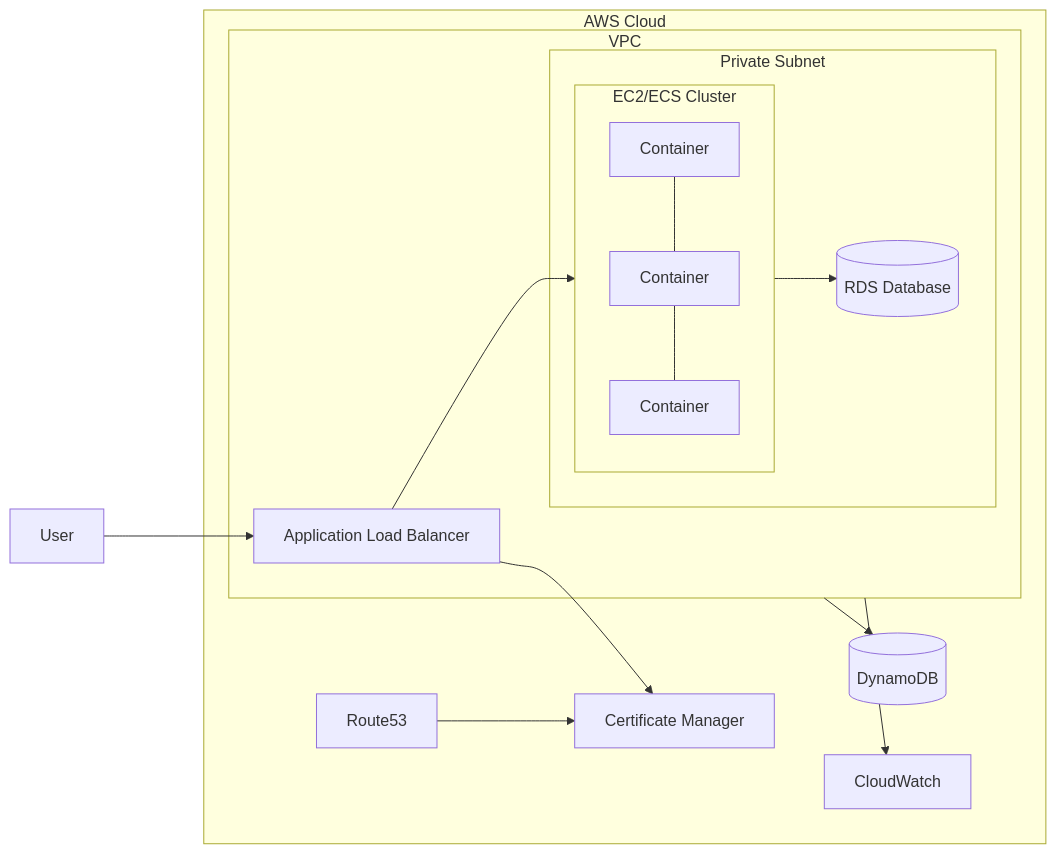
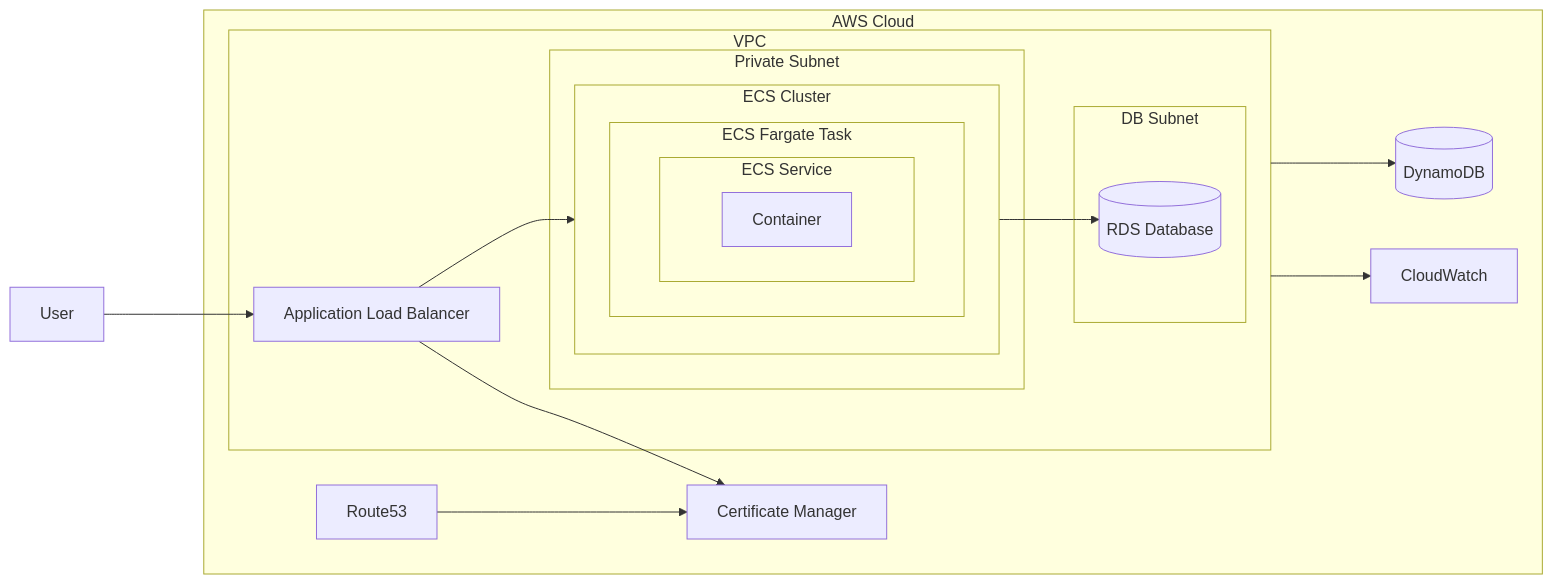
The diagram in README.md (afnx/terraform-webapp-infra), drawn with Mermaid before and after one commit. The commit also changed other lines of this file, not shown here.

Commit message:
refactor: revise README for improved clarity and content

````diff
--- a/README.md
+++ b/README.md
@@ -93,25 +95,26 @@
 ```mermaid
 flowchart LR
   User ---> ALB[Application Load Balancer]
 
   subgraph AWS [AWS Cloud]
     R53[Route53] --> ACM[Certificate Manager]
     ALB --> ACM
     subgraph VPC [VPC]
-
       ALB --> ECSCluster
-
       subgraph PVS [Private Subnet]
-        subgraph ECSCluster [EC2/ECS Cluster]
-          CN1[Container] --- CN2[Container] --- CN3[Container]
+        subgraph ECSCluster [ECS Cluster]
+          subgraph ECSTask [ECS Fargate Task]
+            subgraph ECSService [ECS Service]
+              CN[Container]
+            end
+          end
         end
+      end
+      subgraph DBS [DB Subnet]
         ECSCluster --> RDS[(RDS Database)]
       end
-
     end
-
     VPC ---> DDB[(DynamoDB)]
     VPC ---> CW[CloudWatch]
   end
-
 ```
````
